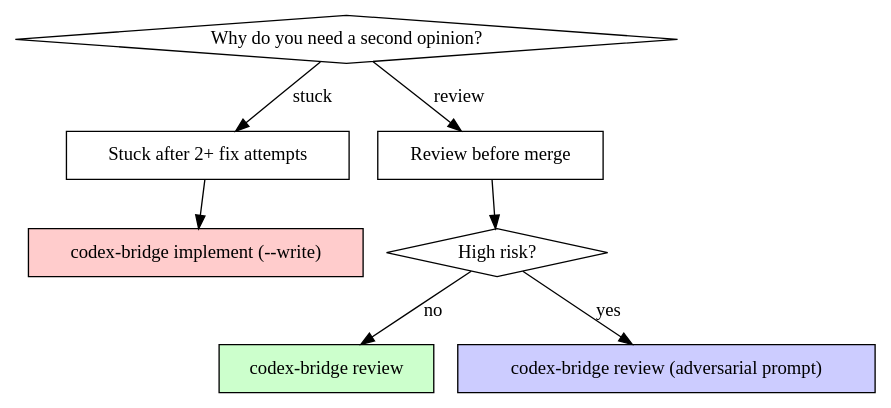
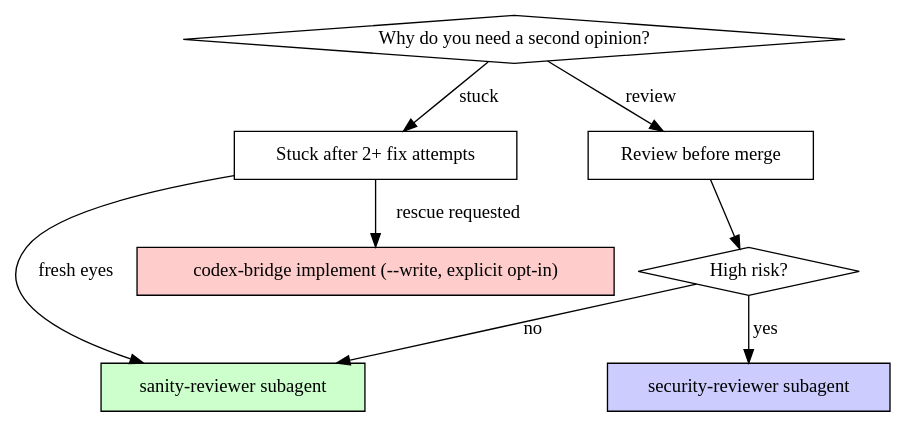
One commit to sskys18/sspower changed the diagram in skills/second-opinion/SKILL.md. Above: the diagram before and after it, drawn with Graphviz.

Commit message:
fix(skill): update second-opinion decision graph to match subagent routing
Auto-review round 1 follow-up. The decision-graph DOT block at the
top of second-opinion SKILL.md still showed the pre-765484b routing:
"stuck" → unconditional codex-bridge implement (--write), "high
risk" → codex-bridge review (adversarial). Auto-apply patch updates
the graph to match the prose body (and CLAUDE.md line 22):

  - "stuck" now bifurcates: sanity-reviewer subagent (fresh eyes,
    default) OR codex-bridge implement --write (rescue, explicit opt-in)
  - "high risk" routes to security-reviewer subagent, low-risk to
    sanity-reviewer

Verified against schemas/quality-review-output.json output contract
and the new agents/security-reviewer.md + agents/sanity-reviewer.md
spawn paths. No code change; pure SKILL.md prose alignment.

````diff
--- a/skills/second-opinion/SKILL.md
+++ b/skills/second-opinion/SKILL.md
@@ -19,19 +19,20 @@
 ```dot
 digraph route {
     "Why do you need a second opinion?" [shape=diamond];
     "Stuck after 2+ fix attempts" [shape=box];
     "Review before merge" [shape=box];
     "High risk?" [shape=diamond];
 
-    "codex-bridge implement (--write)" [shape=box, style=filled, fillcolor="#ffcccc"];
-    "codex-bridge review" [shape=box, style=filled, fillcolor="#ccffcc"];
-    "codex-bridge review (adversarial prompt)" [shape=box, style=filled, fillcolor="#ccccff"];
+    "sanity-reviewer subagent" [shape=box, style=filled, fillcolor="#ccffcc"];
+    "security-reviewer subagent" [shape=box, style=filled, fillcolor="#ccccff"];
+    "codex-bridge implement (--write, explicit opt-in)" [shape=box, style=filled, fillcolor="#ffcccc"];
 
     "Why do you need a second opinion?" -> "Stuck after 2+ fix attempts" [label="stuck"];
     "Why do you need a second opinion?" -> "Review before merge" [label="review"];
-    "Stuck after 2+ fix attempts" -> "codex-bridge implement (--write)";
+    "Stuck after 2+ fix attempts" -> "sanity-reviewer subagent" [label="fresh eyes"];
+    "Stuck after 2+ fix attempts" -> "codex-bridge implement (--write, explicit opt-in)" [label="rescue requested"];
     "Review before merge" -> "High risk?";
-    "High risk?" -> "codex-bridge review (adversarial prompt)" [label="yes"];
-    "High risk?" -> "codex-bridge review" [label="no"];
+    "High risk?" -> "security-reviewer subagent" [label="yes"];
+    "High risk?" -> "sanity-reviewer subagent" [label="no"];
 }
 ```
````
